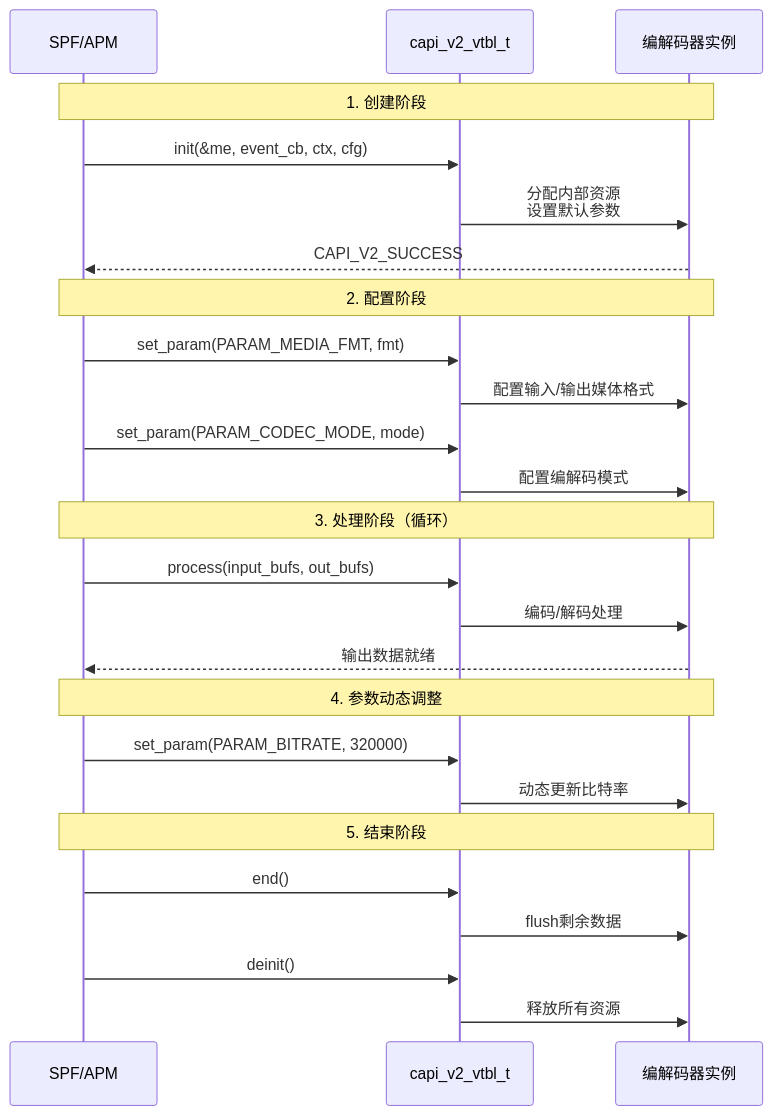
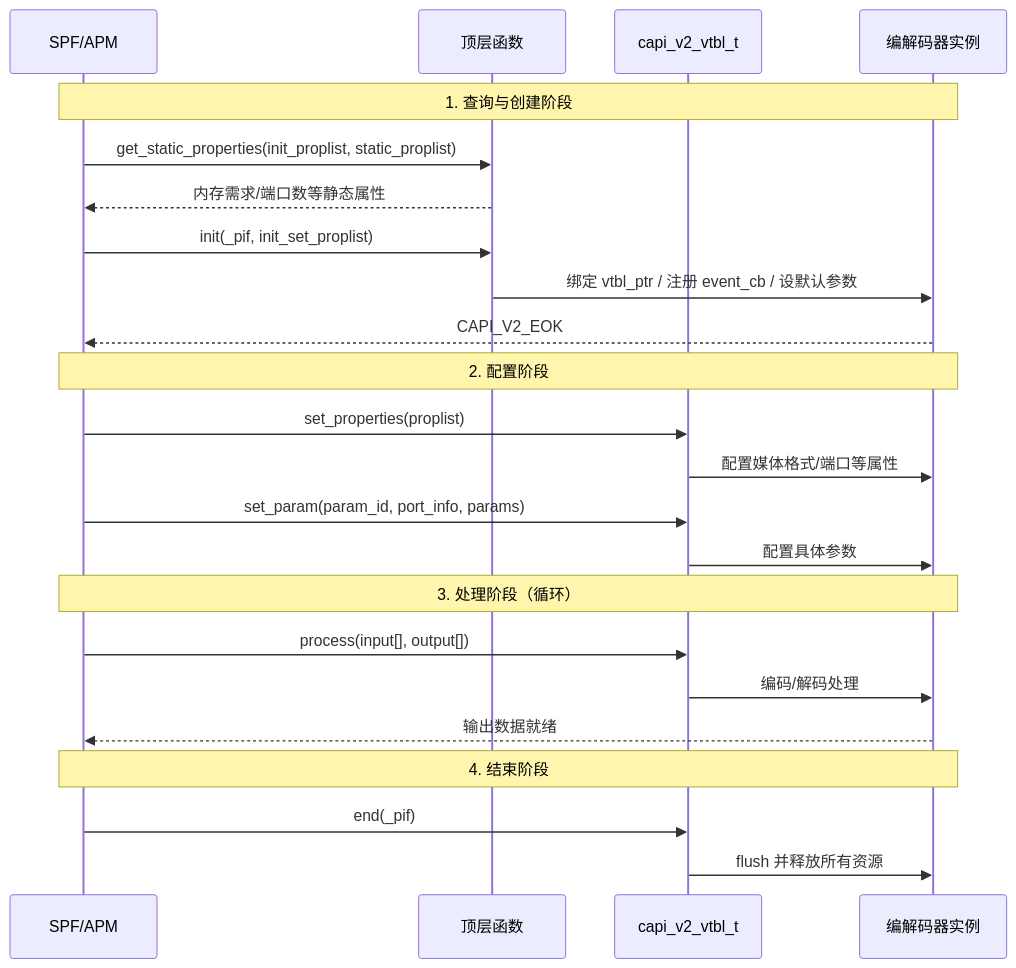
Before and after one commit to yanglinzhen1022/SA8295_AAOS_QNX_Audio_KnowledgeBase: the second of 2 diagrams in 15_PAL_Architecture/15_15.15_QC_CAPIv2_编解码接口.md, drawn with Mermaid. The commit also changed other lines of this file and 48 other files, not shown here.

````diff
--- a/15_PAL_Architecture/15_15.15_QC_CAPIv2_编解码接口.md
+++ b/15_PAL_Architecture/15_15.15_QC_CAPIv2_编解码接口.md
@@ -275,32 +234,29 @@
 ```mermaid
 sequenceDiagram
     participant SPF as SPF/APM
+    participant TOP as 顶层函数
     participant VTBL as capi_v2_vtbl_t
     participant CODEC as 编解码器实例
 
-    Note over SPF,CODEC: 1. 创建阶段
-    SPF->>VTBL: init(&me, event_cb, ctx, cfg)
-    VTBL->>CODEC: 分配内部资源<br/>设置默认参数
-    CODEC-->>SPF: CAPI_V2_SUCCESS
+    Note over SPF,CODEC: 1. 查询与创建阶段
+    SPF->>TOP: get_static_properties(init_proplist, static_proplist)
+    TOP-->>SPF: 内存需求/端口数等静态属性
+    SPF->>TOP: init(_pif, init_set_proplist)
+    TOP->>CODEC: 绑定 vtbl_ptr / 注册 event_cb / 设默认参数
+    CODEC-->>SPF: CAPI_V2_EOK
 
     Note over SPF,CODEC: 2. 配置阶段
-    SPF->>VTBL: set_param(PARAM_MEDIA_FMT, fmt)
-    VTBL->>CODEC: 配置输入/输出媒体格式
-    SPF->>VTBL: set_param(PARAM_CODEC_MODE, mode)
-    VTBL->>CODEC: 配置编解码模式
+    SPF->>VTBL: set_properties(proplist)
+    VTBL->>CODEC: 配置媒体格式/端口等属性
+    SPF->>VTBL: set_param(param_id, port_info, params)
+    VTBL->>CODEC: 配置具体参数
 
     Note over SPF,CODEC: 3. 处理阶段（循环）
-    SPF->>VTBL: process(input_bufs, out_bufs)
+    SPF->>VTBL: process(input[], output[])
     VTBL->>CODEC: 编码/解码处理
     CODEC-->>SPF: 输出数据就绪
 
-    Note over SPF,CODEC: 4. 参数动态调整
-    SPF->>VTBL: set_param(PARAM_BITRATE, 320000)
-    VTBL->>CODEC: 动态更新比特率
-
-    Note over SPF,CODEC: 5. 结束阶段
-    SPF->>VTBL: end()
-    VTBL->>CODEC: flush剩余数据
-    SPF->>VTBL: deinit()
-    VTBL->>CODEC: 释放所有资源
+    Note over SPF,CODEC: 4. 结束阶段
+    SPF->>VTBL: end(_pif)
+    VTBL->>CODEC: flush 并释放所有资源
 ```
````
